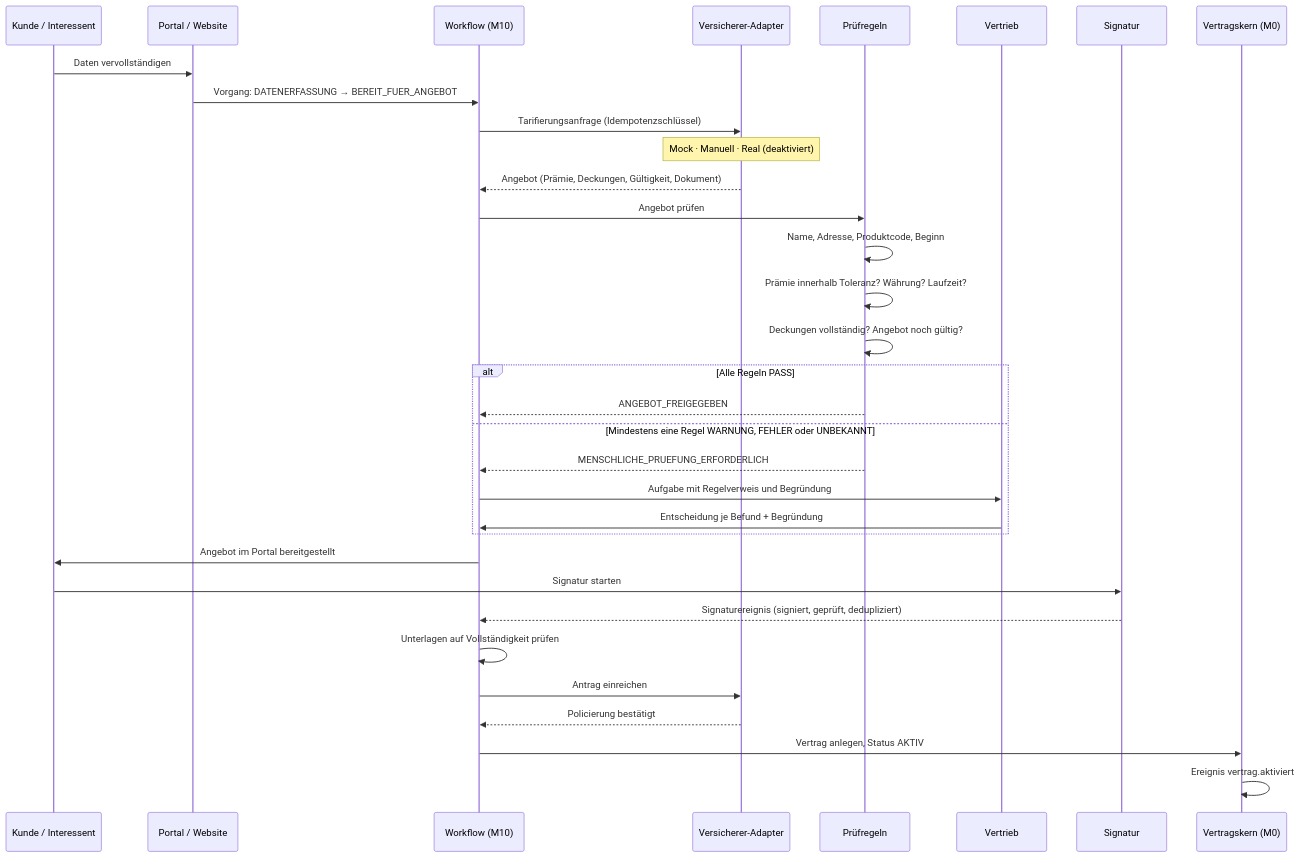
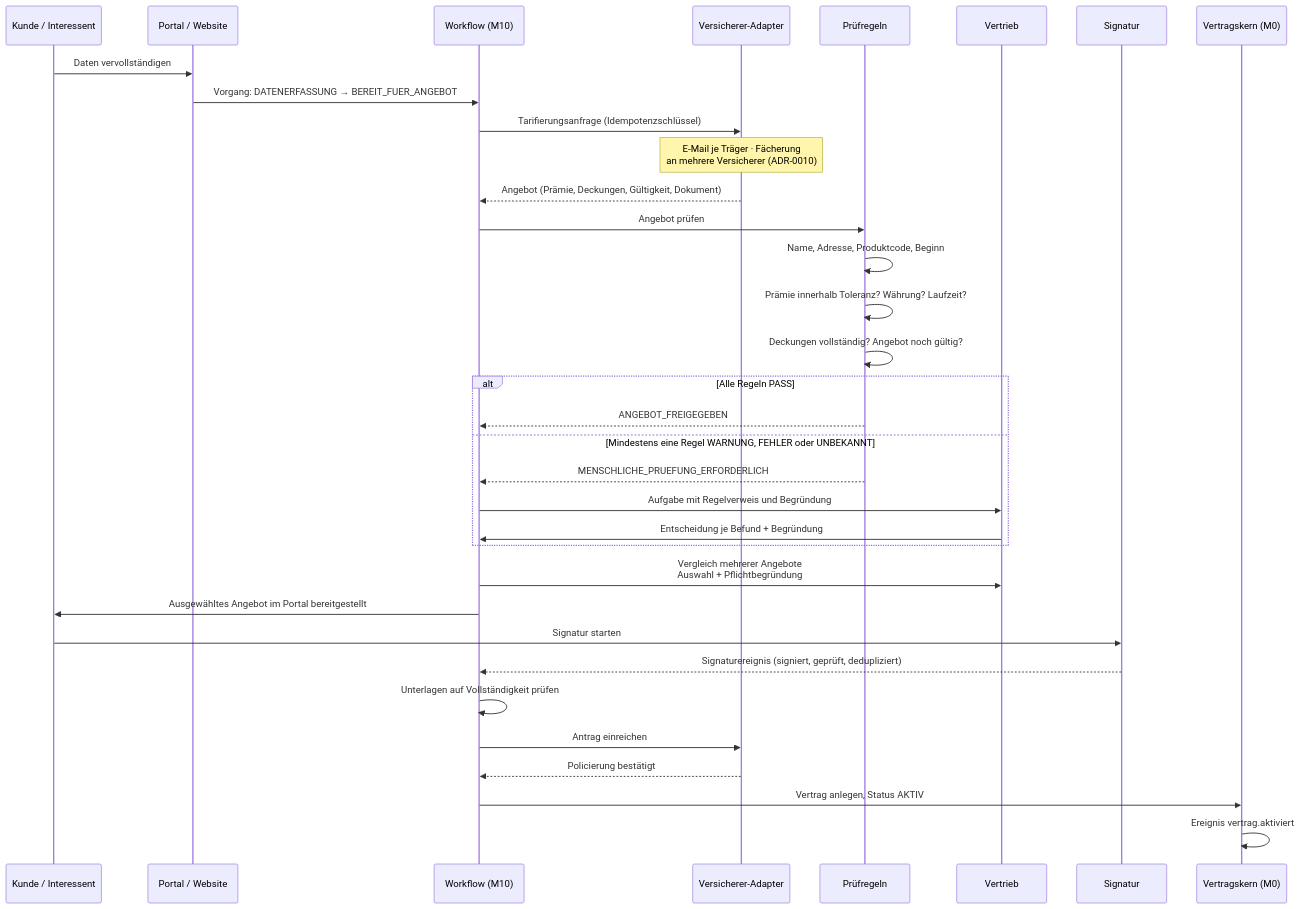
The third of 4 diagrams in 01_ARCHITECTURE/07_DATENFLUESSE.md (jprack/Bootsversich-), drawn with Mermaid before and after one commit. The commit also changed other lines of this file and 12 other files, not shown here.

````diff
--- a/01_ARCHITECTURE/07_DATENFLUESSE.md
+++ b/01_ARCHITECTURE/07_DATENFLUESSE.md
@@ -168,36 +168,37 @@
 ```mermaid
 sequenceDiagram
     participant KU as Kunde / Interessent
     participant P as Portal / Website
     participant WF as Workflow (M10)
     participant VS as Versicherer-Adapter
     participant PR as Prüfregeln
     participant AG as Vertrieb
     participant SI as Signatur
     participant M0 as Vertragskern (M0)
 
     KU->>P: Daten vervollständigen
     P->>WF: Vorgang: DATENERFASSUNG → BEREIT_FUER_ANGEBOT
     WF->>VS: Tarifierungsanfrage (Idempotenzschlüssel)
-    Note over VS: Mock · Manuell · Real (deaktiviert)
+    Note over VS: E-Mail je Träger · Fächerung<br/>an mehrere Versicherer (ADR-0010)
     VS-->>WF: Angebot (Prämie, Deckungen, Gültigkeit, Dokument)
     WF->>PR: Angebot prüfen
     PR->>PR: Name, Adresse, Produktcode, Beginn
     PR->>PR: Prämie innerhalb Toleranz? Währung? Laufzeit?
     PR->>PR: Deckungen vollständig? Angebot noch gültig?
     alt Alle Regeln PASS
         PR-->>WF: ANGEBOT_FREIGEGEBEN
     else Mindestens eine Regel WARNUNG, FEHLER oder UNBEKANNT
         PR-->>WF: MENSCHLICHE_PRUEFUNG_ERFORDERLICH
         WF->>AG: Aufgabe mit Regelverweis und Begründung
         AG->>WF: Entscheidung je Befund + Begründung
     end
-    WF->>KU: Angebot im Portal bereitgestellt
+    WF->>AG: Vergleich mehrerer Angebote<br/>Auswahl + Pflichtbegründung
+    WF->>KU: Ausgewähltes Angebot im Portal bereitgestellt
     KU->>SI: Signatur starten
     SI-->>WF: Signaturereignis (signiert, geprüft, dedupliziert)
     WF->>WF: Unterlagen auf Vollständigkeit prüfen
     WF->>VS: Antrag einreichen
     VS-->>WF: Policierung bestätigt
     WF->>M0: Vertrag anlegen, Status AKTIV
     M0->>M0: Ereignis vertrag.aktiviert
 ```
````
